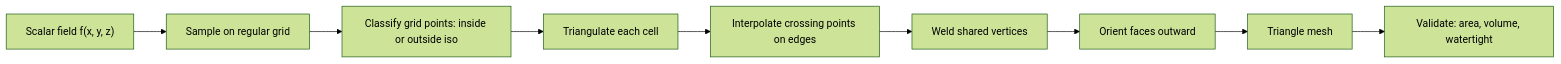
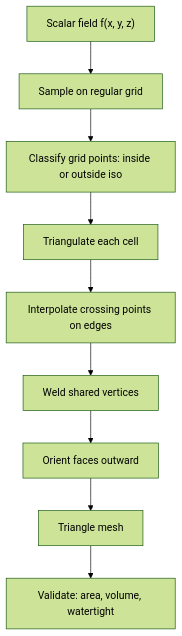
One commit to Shrushrita/Transforms-Lab changed the first of 5 diagrams in Marching Cubes and Surface Reconstruction.md. Above: the diagram before and after it, drawn with Mermaid (forest theme).

Commit message:
Fix flowchart direction in Marching Cubes document

````diff
--- a/Marching Cubes and Surface Reconstruction.md
+++ b/Marching Cubes and Surface Reconstruction.md
@@ -100,11 +100,11 @@
 ```mermaid
-flowchart LR
+flowchart TB
     A["Scalar field f(x, y, z)"] --> B["Sample on regular grid"]
     B --> C["Classify grid points: inside or outside iso"]
     C --> D["Triangulate each cell"]
     D --> E["Interpolate crossing points on edges"]
     E --> F["Weld shared vertices"]
     F --> G["Orient faces outward"]
     G --> H["Triangle mesh"]
     H --> I["Validate: area, volume, watertight"]
 ```
````
